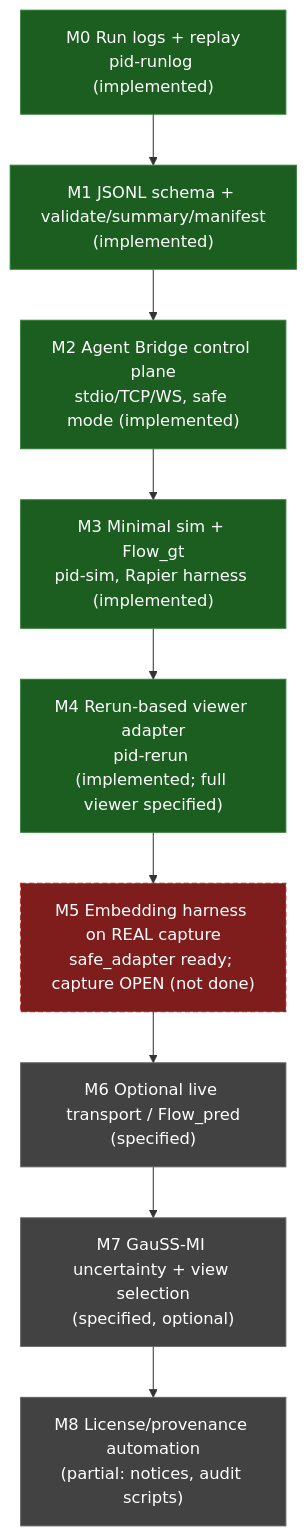
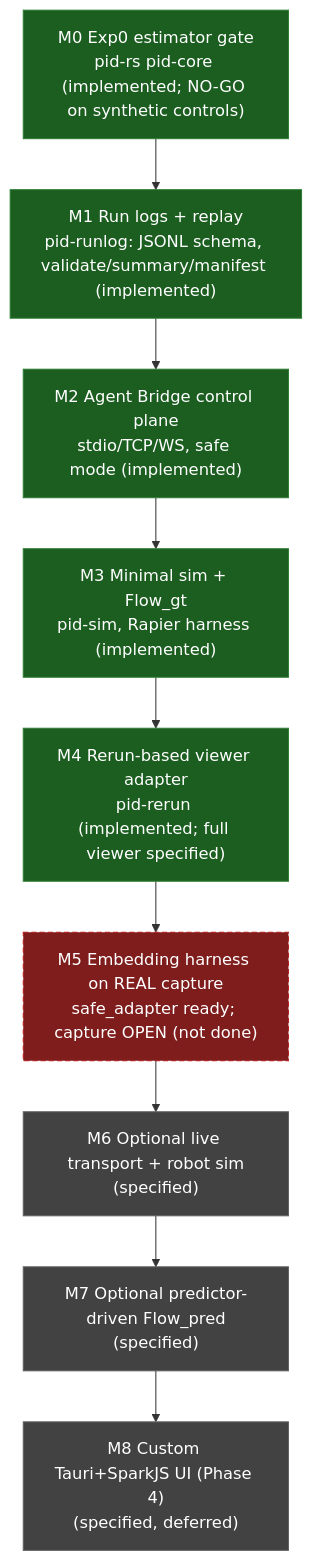
Before and after one commit to sepahead/prisoma: the third of 18 diagrams in DIAGRAMS.md, drawn with Mermaid. The commit also changed other lines of this file and 16 other files, not shown here.

````diff
--- a/DIAGRAMS.md
+++ b/DIAGRAMS.md
@@ -101,18 +101,18 @@
 ```mermaid
 flowchart TD
     classDef done fill:#1b5e20,stroke:#2e7d32,color:#fff;
     classDef active fill:#7f1d1d,stroke:#b71c1c,color:#fff,stroke-dasharray:5 3;
     classDef spec fill:#424242,stroke:#616161,color:#fff;
 
-    M0["M0 Run logs + replay<br/>pid-runlog (implemented)"]:::done
-    M1["M1 JSONL schema + validate/summary/manifest<br/>(implemented)"]:::done
+    M0["M0 Exp0 estimator gate<br/>pid-rs pid-core (implemented; NO-GO on synthetic controls)"]:::done
+    M1["M1 Run logs + replay<br/>pid-runlog: JSONL schema, validate/summary/manifest (implemented)"]:::done
     M2["M2 Agent Bridge control plane<br/>stdio/TCP/WS, safe mode (implemented)"]:::done
     M3["M3 Minimal sim + Flow_gt<br/>pid-sim, Rapier harness (implemented)"]:::done
     M4["M4 Rerun-based viewer adapter<br/>pid-rerun (implemented; full viewer specified)"]:::done
     M5["M5 Embedding harness on REAL capture<br/>safe_adapter ready; capture OPEN (not done)"]:::active
-    M6["M6 Optional live transport / Flow_pred<br/>(specified)"]:::spec
-    M7["M7 GauSS-MI uncertainty + view selection<br/>(specified, optional)"]:::spec
-    M8["M8 License/provenance automation<br/>(partial: notices, audit scripts)"]:::spec
+    M6["M6 Optional live transport + robot sim<br/>(specified)"]:::spec
+    M7["M7 Optional predictor-driven Flow_pred<br/>(specified)"]:::spec
+    M8["M8 Custom Tauri+SparkJS UI (Phase 4)<br/>(specified, deferred)"]:::spec
 
     M0 --> M1 --> M2 --> M3 --> M4 --> M5 --> M6 --> M7 --> M8
 ```
````
